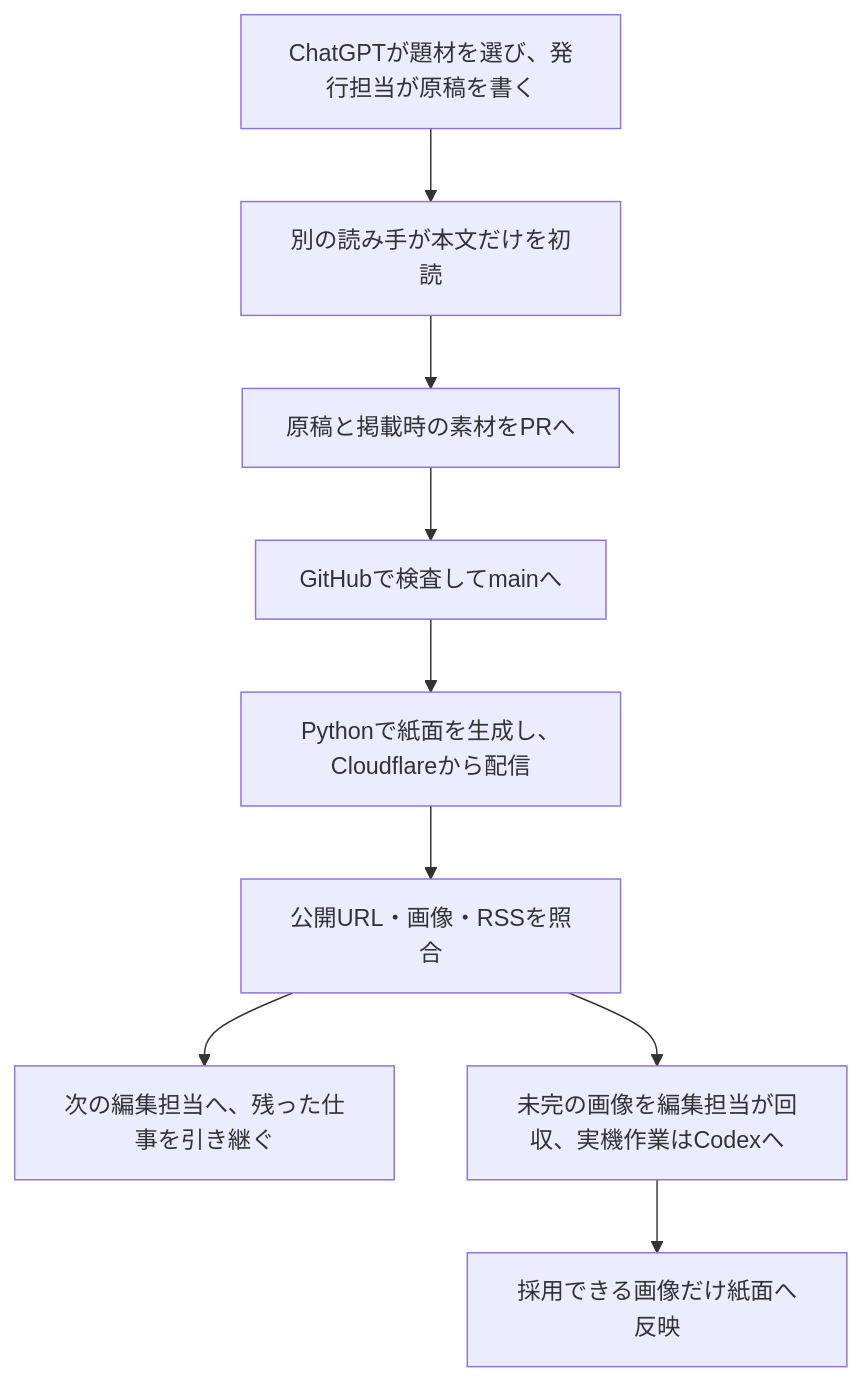
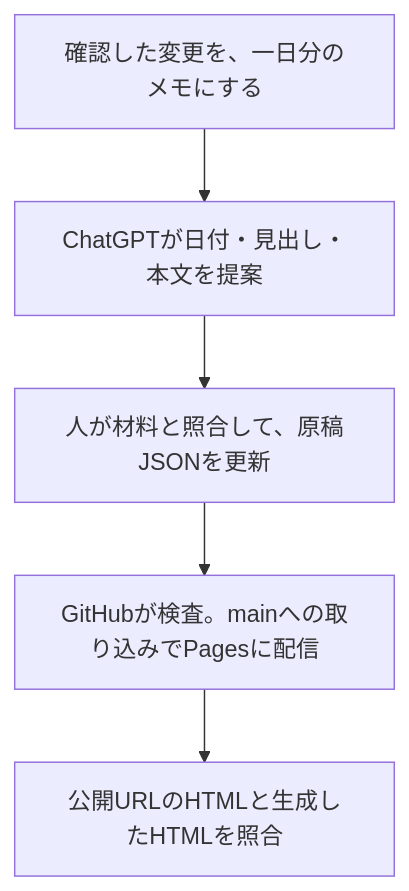
One commit to RollNuts/zenn-content changed the diagram in articles/ai-newspaper-editorial-pipeline.md. Above: the diagram before and after it, drawn with Mermaid. The commit also changed other lines of this file and 1 other file, not shown here.

````diff
--- a/articles/ai-newspaper-editorial-pipeline.md
+++ b/articles/ai-newspaper-editorial-pipeline.md
@@ -44,11 +29,7 @@
 ```mermaid
 flowchart TD
-  A["ChatGPTが題材を選び、発行担当が原稿を書く"] --> B["別の読み手が本文だけを初読"]
-  B --> C["原稿と掲載時の素材をPRへ"]
-  C --> D["GitHubで検査してmainへ"]
-  D --> E["Pythonで紙面を生成し、Cloudflareから配信"]
-  E --> F["公開URL・画像・RSSを照合"]
-  F --> G["次の編集担当へ、残った仕事を引き継ぐ"]
-  F --> H["未完の画像を編集担当が回収、実機作業はCodexへ"]
-  H --> I["採用できる画像だけ紙面へ反映"]
+  A["確認した変更を、一日分のメモにする"] --> B["ChatGPTが日付・見出し・本文を提案"]
+  B --> C["人が材料と照合して、原稿JSONを更新"]
+  C --> D["GitHubが検査。mainへの取り込みでPagesに配信"]
+  D --> E["公開URLのHTMLと生成したHTMLを照合"]
 ```
````
